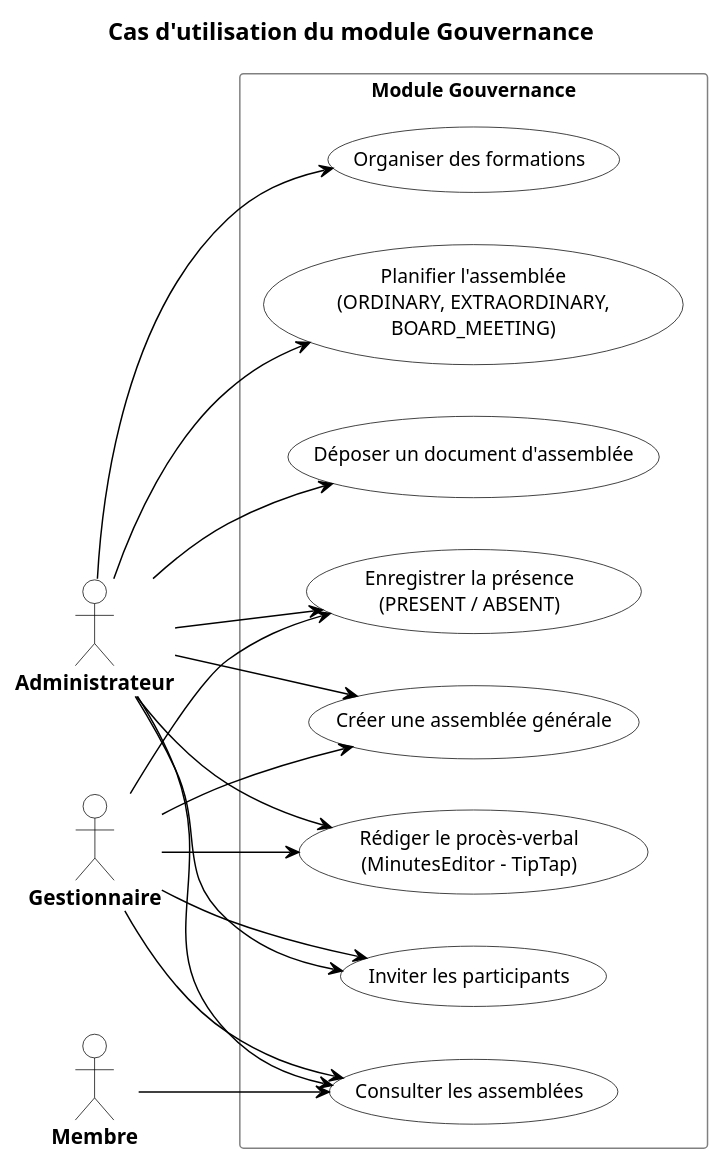
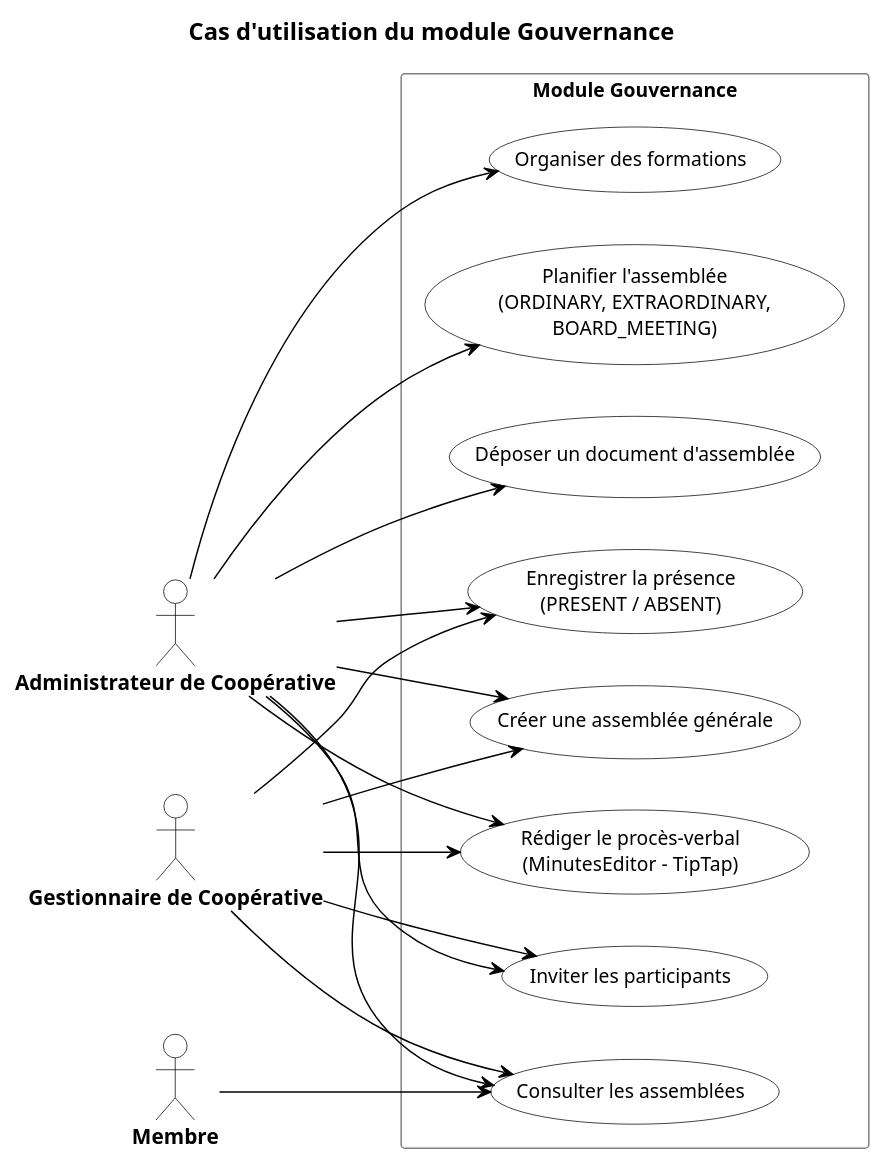
Before and after one commit to louvinx/sysgeca_documentation: the diagram in puml/figure13_cas_utilisation_gouvernance.puml, drawn with PlantUML. The commit also changed 24 other files, not shown here.

```diff
--- a/puml/figure13_cas_utilisation_gouvernance.puml
+++ b/puml/figure13_cas_utilisation_gouvernance.puml
@@ -1,79 +1,79 @@
 @startuml
 title Cas d'utilisation du module Gouvernance
 
 left to right direction
 skinparam shadowing false
 skinparam backgroundColor White
 skinparam defaultFontName Arial
 skinparam defaultFontSize 12
 
 skinparam title {
   FontSize 16
   FontStyle bold
   FontColor #000000
 }
 
 skinparam actor {
   BackgroundColor White
   BorderColor #000000
   FontColor #000000
   FontSize 14
   FontStyle bold
 }
 
 skinparam usecase {
   BackgroundColor White
   BorderColor #000000
   FontColor #000000
   FontSize 13
 }
 
 skinparam rectangle {
   BackgroundColor White
   BorderColor #808080
   FontColor #000000
   FontSize 13
   FontStyle bold
 }
 
 skinparam arrow {
   Color #000000
   FontColor #000000
 }
 
 skinparam line {
   Color #000000
 }
 
 
-actor "Administrateur" as admin
-actor "Gestionnaire" as manager
+actor "Administrateur de Coopérative" as admin
+actor "Gestionnaire de Coopérative" as manager
 actor "Membre" as member
 
 rectangle "Module Gouvernance" {
   usecase "Créer une assemblée générale" as UC1
   usecase "Planifier l'assemblée\n(ORDINARY, EXTRAORDINARY,\nBOARD_MEETING)" as UC2
   usecase "Inviter les participants" as UC3
   usecase "Enregistrer la présence\n(PRESENT / ABSENT)" as UC4
   usecase "Rédiger le procès-verbal\n(MinutesEditor - TipTap)" as UC5
   usecase "Déposer un document d'assemblée" as UC6
   usecase "Consulter les assemblées" as UC7
   usecase "Organiser des formations" as UC8
 }
 
 admin --> UC1
 manager --> UC1
 admin --> UC2
 admin --> UC3
 manager --> UC3
 admin --> UC4
 manager --> UC4
 admin --> UC5
 manager --> UC5
 admin --> UC6
 admin --> UC7
 manager --> UC7
 member --> UC7
 admin --> UC8
 
 @enduml
```
